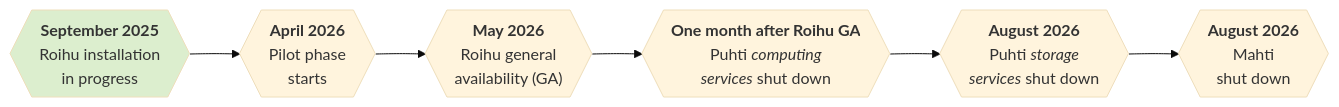
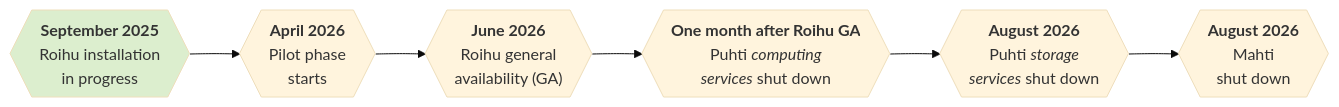
Before and after one commit to CSCfi/csc-user-guide: the diagram in docs/computing/systems-roihu.md, drawn with Mermaid (base theme).

Commit message:
Update Roihu schedule

````diff
--- a/docs/computing/systems-roihu.md
+++ b/docs/computing/systems-roihu.md
@@ -11,22 +11,22 @@
 ```mermaid
 graph LR;
     A{{"<b>September 2025</b>
         Roihu installation
         in progress"}} --> B;
     B{{"<b>April 2026</b>
         Pilot phase
         starts"}} --> C;
-    C{{"<b>May 2026</b>
+    C{{"<b>June 2026</b>
         Roihu general
         availability (GA)"}} --> D;
     D{{"<b>One month after Roihu GA</b>
         Puhti <i>computing
         services</i> shut down"}} --> E;
     E{{"<b>August 2026</b>
         Puhti <i>storage
         services</i> shut down"}} --> F;
     F{{"<b>August 2026</b>
         Mahti
         shut down"}}
     style A fill:#dceeceff;
 ```
````
